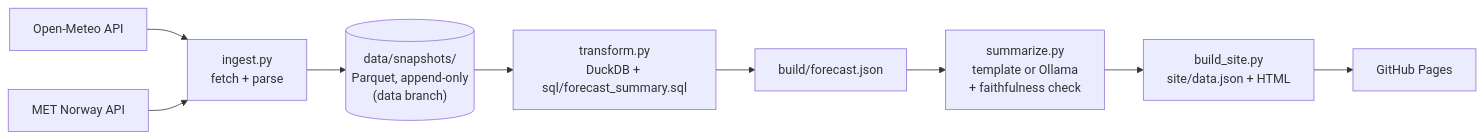
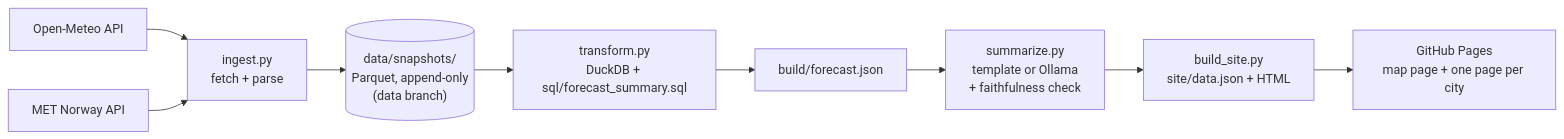
One commit to Petercerny/rain-forecast-cz changed the diagram in README.md. Above: the diagram before and after it, drawn with Mermaid. The commit also changed other lines of this file and 24 other files, not shown here.

First line of the commit message:
Add map homepage, city pages and temperature

````diff
--- a/README.md
+++ b/README.md
@@ -17,11 +17,11 @@
 ```mermaid
 flowchart LR
     A[Open-Meteo API] --> I
     B[MET Norway API] --> I
     I["ingest.py<br/>fetch + parse"] --> S[("data/snapshots/<br/>Parquet, append-only<br/>(data branch)")]
     S --> T["transform.py<br/>DuckDB + sql/forecast_summary.sql"]
     T --> F[build/forecast.json]
     F --> M["summarize.py<br/>template or Ollama<br/>+ faithfulness check"]
     M --> W["build_site.py<br/>site/data.json + HTML"]
-    W --> P[GitHub Pages]
+    W --> P["GitHub Pages<br/>map page + one page per city"]
 ```
````
